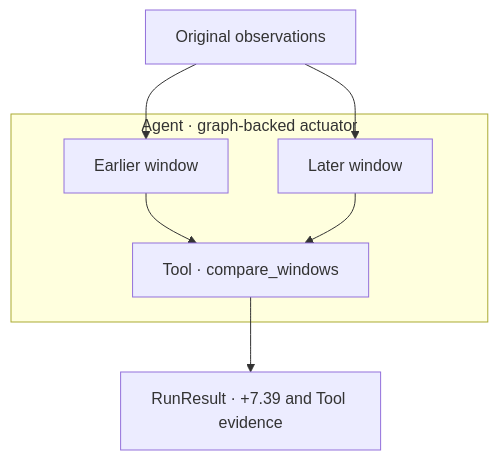
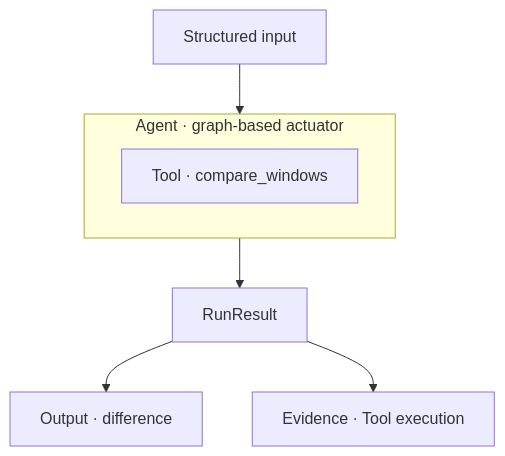
One commit to JacoboGGLeon/agentic_systems changed the first of 5 diagrams in README.md. Above: the diagram before and after it, drawn with Mermaid. The commit also changed other lines of this file, not shown here.

````diff
--- a/README.md
+++ b/README.md
@@ -94,10 +64,10 @@
 ```mermaid
 flowchart TD
-    V["Original observations"] --> E["Earlier window"]
-    V --> L["Later window"]
-    subgraph A["Agent · graph-backed actuator"]
-        E --> T["Tool · compare_windows"]
-        L --> T
+    I["Structured input"] --> A
+    subgraph A["Agent · graph-based actuator"]
+        T["Tool · compare_windows"]
     end
-    T --> R["RunResult · +7.39 and Tool evidence"]
+    A --> R["RunResult"]
+    R --> O["Output · difference"]
+    R --> E["Evidence · Tool execution"]
 ```
````
